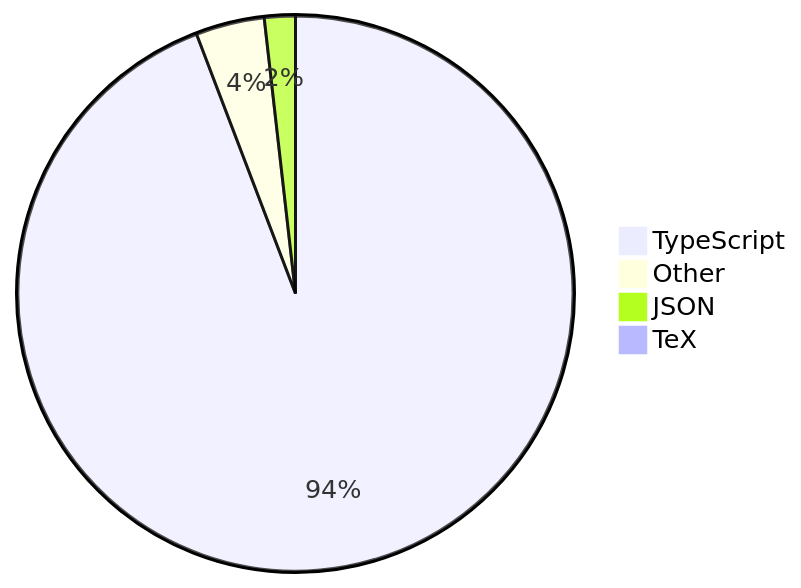
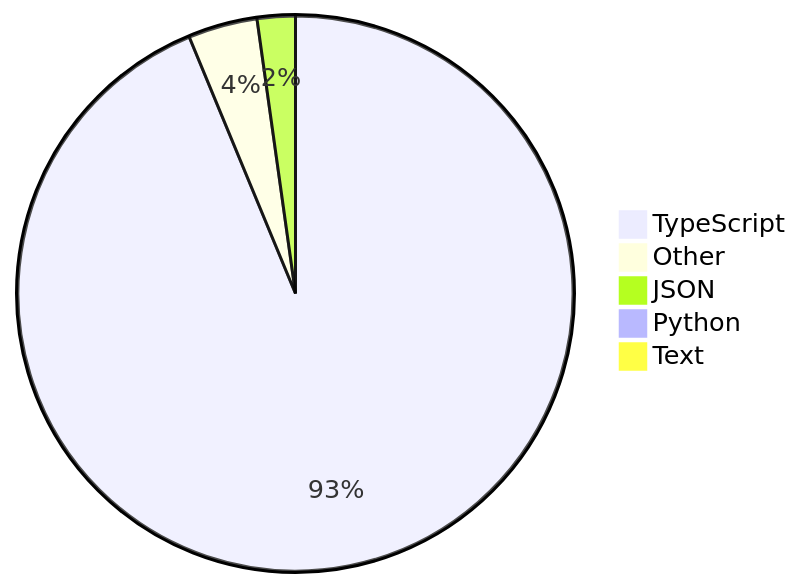
The diagram in README.md (skvggor/skvggor), drawn with Mermaid before and after one commit.

Commit message:
Updated waka-readme graph with new metrics

````diff
--- a/README.md
+++ b/README.md
@@ -16,7 +16,8 @@
 ```mermaid
 pie
-    "TypeScript" : 94.2
+    "TypeScript" : 93.0
     "Other" : 4.0
-    "JSON" : 1.8
-    "TeX" : 0.0
+    "JSON" : 2.2
+    "Python" : 0.5
+    "Text" : 0.2
 ```
````
